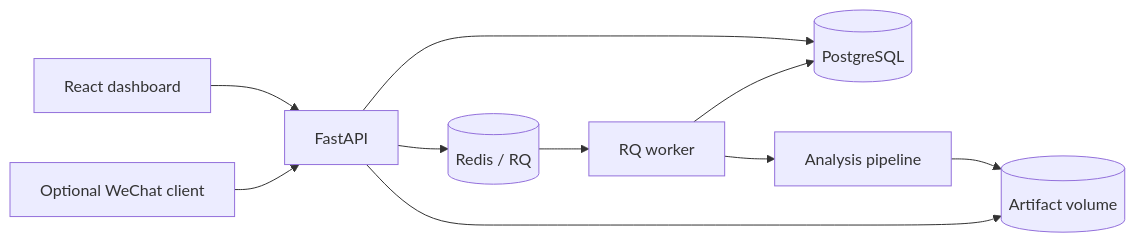
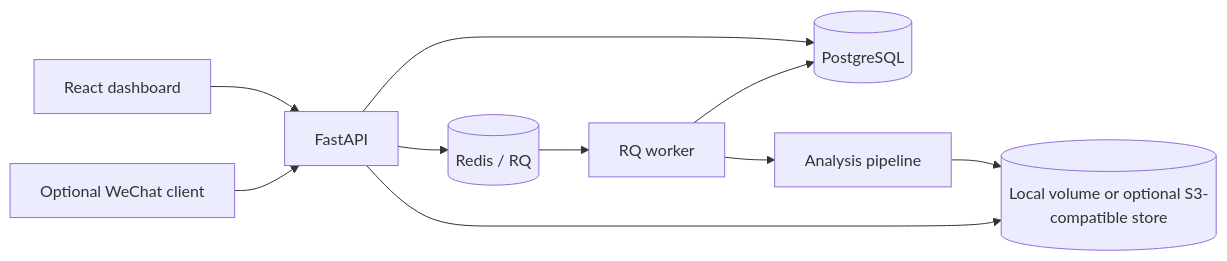
One commit to xiaorui7/StepWise-Wearable-Sensor-Analytics-Platform changed the diagram in README.md. Above: the diagram before and after it, drawn with Mermaid. The commit also changed other lines of this file and 15 other files, not shown here.

````diff
--- a/README.md
+++ b/README.md
@@ -31,12 +31,12 @@
 ```mermaid
 flowchart LR
     UI[React dashboard] --> API[FastAPI]
     WX[Optional WeChat client] --> API
     API --> DB[(PostgreSQL)]
     API --> QUEUE[(Redis / RQ)]
     QUEUE --> WORKER[RQ worker]
     WORKER --> PIPELINE[Analysis pipeline]
-    PIPELINE --> STORE[(Artifact volume)]
+    PIPELINE --> STORE[(Local volume or optional S3-compatible store)]
     WORKER --> DB
     API --> STORE
 ```
````
